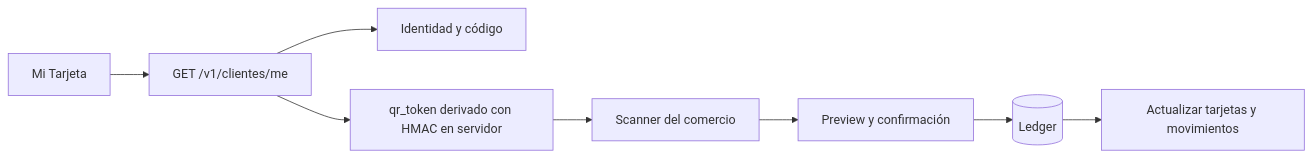
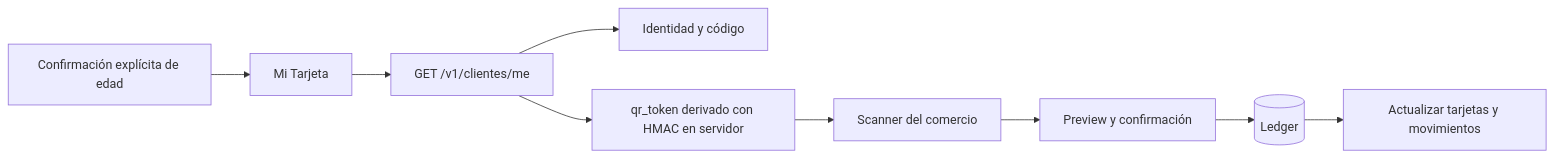
One commit to gagonzalez1/puntazo-docs changed the diagram in docs/flows/22-customer-passport.md. Above: the diagram before and after it, drawn with Mermaid. The commit also changed other lines of this file and 8 other files, not shown here.

````diff
--- a/docs/flows/22-customer-passport.md
+++ b/docs/flows/22-customer-passport.md
@@ -17,10 +17,11 @@
 ```mermaid
 flowchart LR
- P[Mi Tarjeta] --> API[GET /v1/clientes/me]
+ AGE[Confirmación explícita de edad] --> P[Mi Tarjeta]
+ P --> API[GET /v1/clientes/me]
  API --> U[Identidad y código]
  API --> QR[qr_token derivado con HMAC en servidor]
  QR --> S[Scanner del comercio]
  S --> M[Preview y confirmación]
  M --> H[(Ledger)]
  H --> R[Actualizar tarjetas y movimientos]
 ```
````
